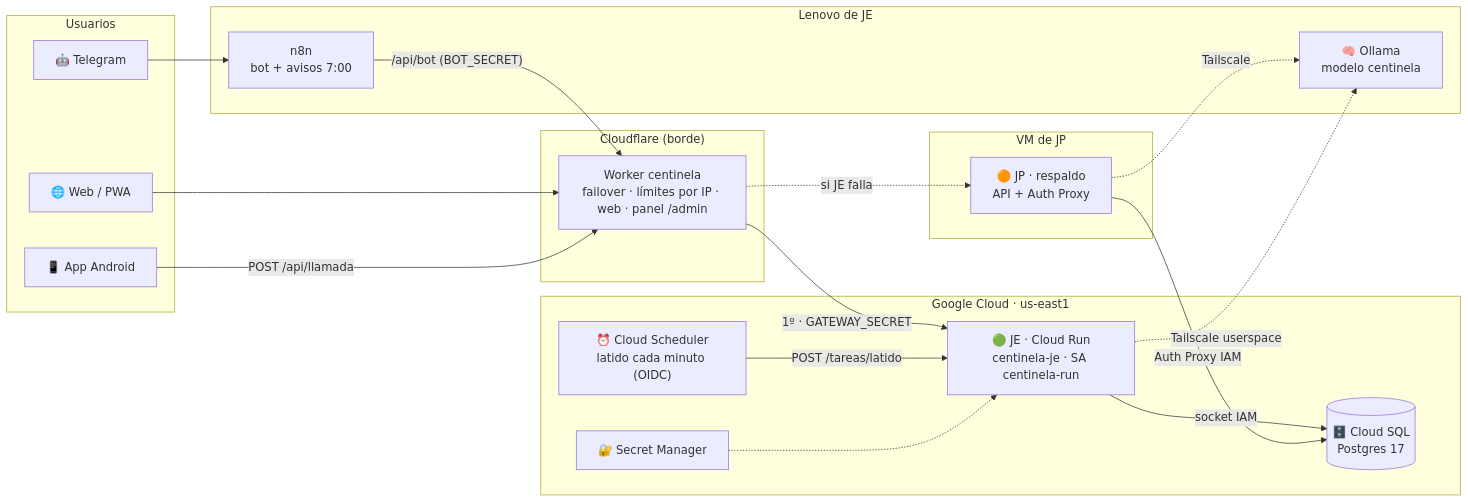
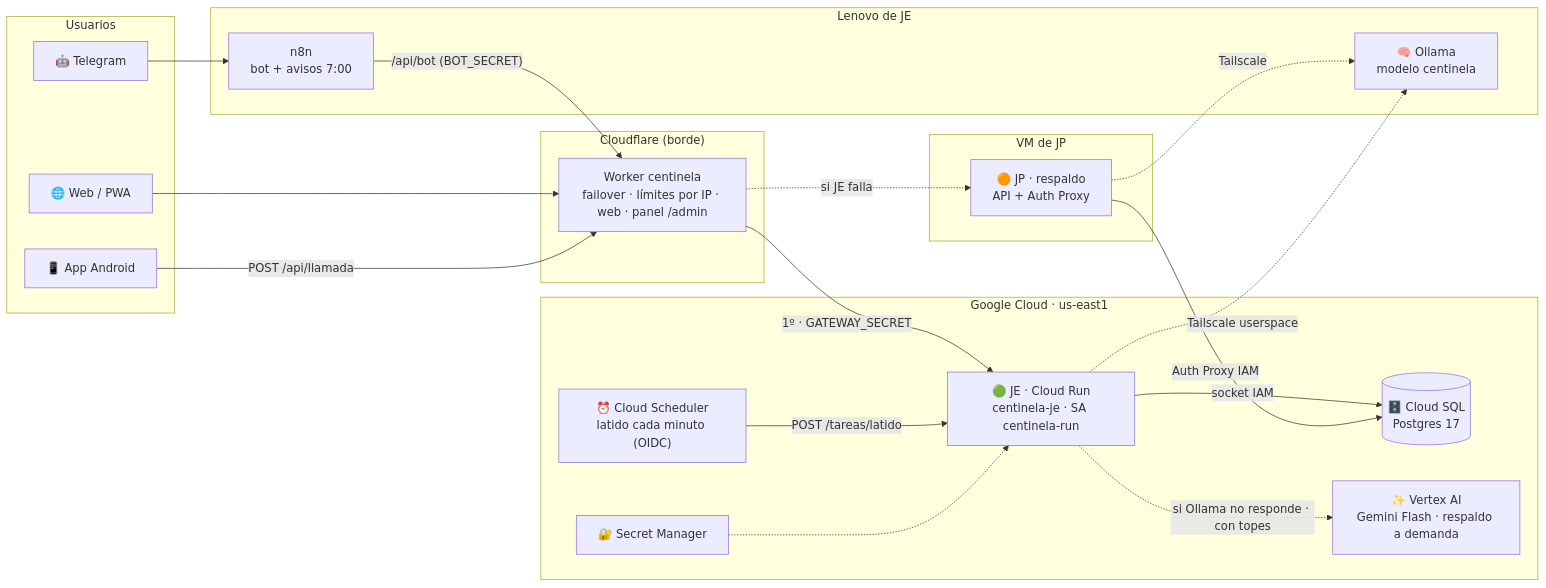
The diagram in docs/roles/JE_ARQUITECTURA.md (juan-student1/surprised-system), drawn with Mermaid before and after one commit. The commit also changed other lines of this file and 4 other files, not shown here.

Commit message:
docs: 16_VERTEX_AI (por que hibrida, topes, costo, privacidad), ADR-013 y tablero

````diff
--- a/docs/roles/JE_ARQUITECTURA.md
+++ b/docs/roles/JE_ARQUITECTURA.md
@@ -8,40 +8,42 @@
 ```mermaid
 flowchart LR
     subgraph USR["Usuarios"]
         WEB["🌐 Web / PWA"]
         TG["🤖 Telegram"]
         AND["📱 App Android"]
     end
 
     subgraph CF["Cloudflare (borde)"]
         GW["Worker centinela<br/>failover · límites por IP · web · panel /admin"]
     end
 
     subgraph GCP["Google Cloud · us-east1"]
         RUN["🟢 JE · Cloud Run<br/>centinela-je · SA centinela-run"]
         SCH["⏰ Cloud Scheduler<br/>latido cada minuto (OIDC)"]
         SM["🔐 Secret Manager"]
         SQL[("🗄️ Cloud SQL<br/>Postgres 17")]
+        VTX["✨ Vertex AI<br/>Gemini Flash · respaldo a demanda"]
     end
 
     subgraph JPV["VM de JP"]
         JP["🟠 JP · respaldo<br/>API + Auth Proxy"]
     end
 
     subgraph LEN["Lenovo de JE"]
         OLL["🧠 Ollama<br/>modelo centinela"]
         N8N["n8n<br/>bot + avisos 7:00"]
     end
 
     WEB --> GW
     AND -->|"POST /api/llamada"| GW
     TG --> N8N -->|"/api/bot (BOT_SECRET)"| GW
     GW -->|"1º · GATEWAY_SECRET"| RUN
     GW -.->|"si JE falla"| JP
     SCH -->|"POST /tareas/latido"| RUN
     SM -.-> RUN
     RUN -->|"socket IAM"| SQL
     JP -->|"Auth Proxy IAM"| SQL
     RUN -.->|"Tailscale userspace"| OLL
     JP -.->|"Tailscale"| OLL
+    RUN -.->|"si Ollama no responde · con topes"| VTX
 ```
````
